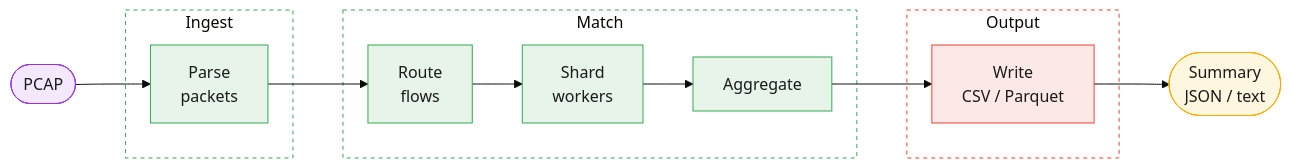
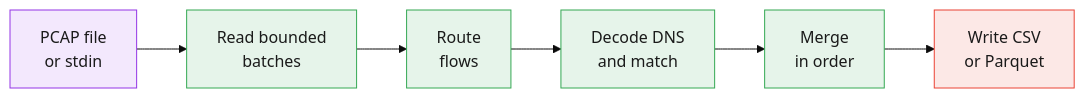
The first of 5 diagrams in docs/architecture.md (dnstelecom/dpp), drawn with Mermaid (base theme) before and after one commit. The commit also changed other lines of this file and 18 other files, not shown here.

````diff
--- a/docs/architecture.md
+++ b/docs/architecture.md
@@ -24,31 +38,12 @@
 ```mermaid
 flowchart LR
-    PCAP(["PCAP"]):::input
+    Input["PCAP file<br/>or stdin"]:::input --> Read["Read bounded<br/>batches"]:::process
+    Read --> Route["Route<br/>flows"]:::process
+    Route --> Workers["Decode DNS<br/>and match"]:::process
+    Workers --> Aggregate["Merge<br/>in order"]:::process
+    Aggregate --> Write["Write CSV<br/>or Parquet"]:::output
 
-    subgraph Ingest [" Ingest "]
-        Parse["Parse\npackets"]:::proc
-    end
-
-    subgraph Match [" Match "]
-        Route["Route\nflows"]:::proc
-        Shards["Shard\nworkers"]:::proc
-        Agg["Aggregate"]:::proc
-    end
-
-    subgraph Output [" Output "]
-        Write["Write\nCSV / Parquet"]:::out
-    end
-
-    Summary(["Summary\nJSON / text"]):::orch
-
-    PCAP --> Parse --> Route --> Shards --> Agg --> Write --> Summary
-
-    classDef input  fill:#f3e8fd,stroke:#9334e6,color:#1a1a1a
-    classDef proc   fill:#e6f4ea,stroke:#34a853,color:#1a1a1a
-    classDef out    fill:#fce8e6,stroke:#ea4335,color:#1a1a1a
-    classDef orch   fill:#fef7e0,stroke:#f9ab00,color:#1a1a1a
-
-    style Ingest fill:none,stroke:#34a853,stroke-width:1px,stroke-dasharray:4
-    style Match  fill:none,stroke:#34a853,stroke-width:1px,stroke-dasharray:4
-    style Output fill:none,stroke:#ea4335,stroke-width:1px,stroke-dasharray:4
+    classDef input fill:#f3e8fd,stroke:#9334e6,color:#1a1a1a
+    classDef process fill:#e6f4ea,stroke:#34a853,color:#1a1a1a
+    classDef output fill:#fce8e6,stroke:#ea4335,color:#1a1a1a
 ```
````
